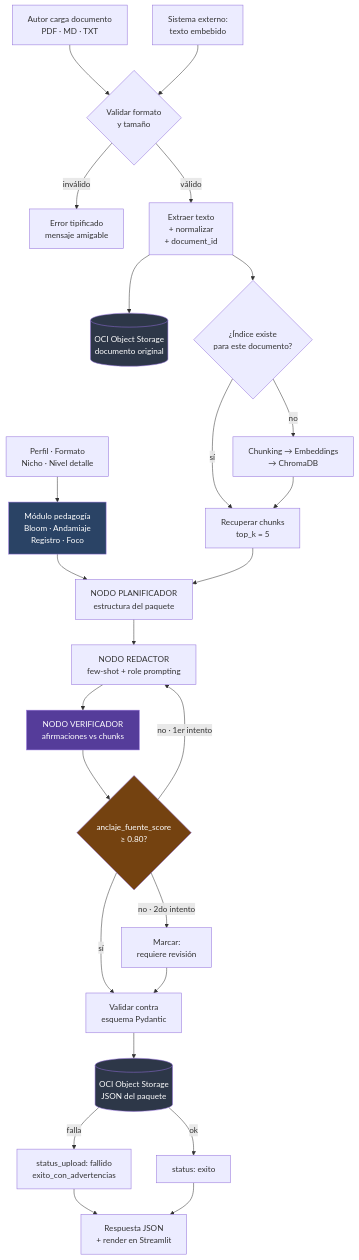
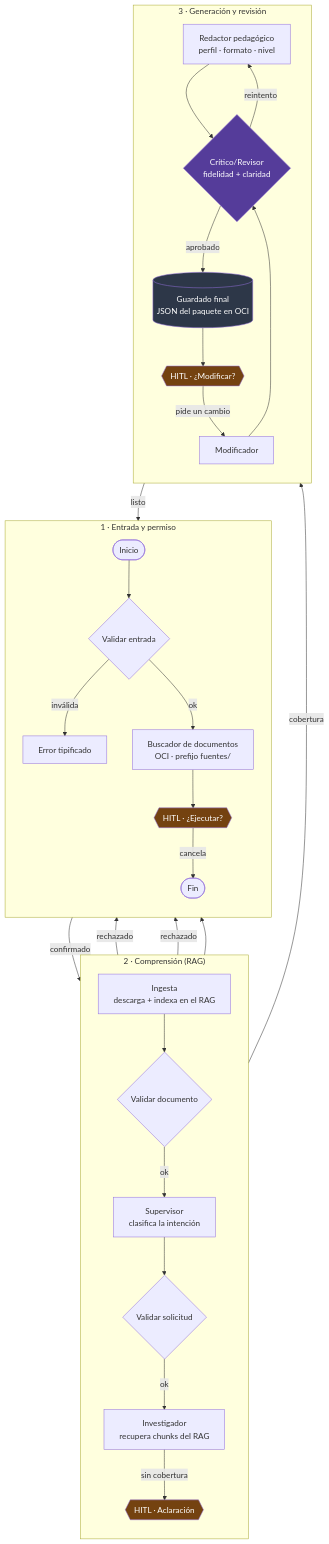
The first of 2 diagrams in README.md (No-Country-simulation/G10-LATAM-equipo-28), drawn with Mermaid before and after one commit.

Commit message:
docs(readme): rehace el diagrama del pipeline fiel al grafo real
El diagrama mencionaba nodos inexistentes (Planificador, Verificador). Se reemplaza por el flujo real del grafo: 15 nodos, 3 HITL (ejecutar, aclaracion, modificar), el loop Redactor<->Revisor y el Modificador. Formato TB: 3 bloques por etapa, en pisos.

````diff
--- a/README.md
+++ b/README.md
@@ -45,39 +45,47 @@
 ```mermaid
-flowchart TD
-    A[Autor carga documento<br/>PDF · MD · TXT] --> B{Validar formato<br/>y tamaño}
-    A2[Sistema externo:<br/>texto embebido] --> B
-    B -->|inválido| ERR[Error tipificado<br/>mensaje amigable]
-    B -->|válido| C[Extraer texto<br/>+ normalizar<br/>+ document_id]
+flowchart TB
+    %% --- BLOQUE 1 · Entrada y permiso ---
+    subgraph B1["1 · Entrada y permiso"]
+        direction TB
+        I([Inicio]) --> V0{Validar entrada}
+        V0 -->|inválida| ERR[Error tipificado]
+        V0 -->|ok| BUSC[Buscador de documentos<br/>OCI · prefijo fuentes/]
+        BUSC --> H1{{HITL · ¿Ejecutar?}}
+        H1 -->|cancela| FIN([Fin])
+    end
 
-    C --> D[(OCI Object Storage<br/>documento original)]
-    C --> E{¿Índice existe<br/>para este documento?}
+    %% --- BLOQUE 2 · Comprensión (RAG) ---
+    subgraph B2["2 · Comprensión (RAG)"]
+        direction TB
+        ING[Ingesta<br/>descarga + indexa en el RAG] --> V1{Validar documento}
+        V1 -->|rechazado| FIN
+        V1 -->|ok| SUP[Supervisor<br/>clasifica la intención]
+        SUP --> V2{Validar solicitud}
+        V2 -->|rechazado| FIN
+        V2 -->|ok| INV[Investigador<br/>recupera chunks del RAG]
+        INV -->|sin cobertura| H2{{HITL · Aclaración}}
+        H2 --> FIN
+    end
 
-    E -->|sí| G[Recuperar chunks<br/>top_k = 5]
-    E -->|no| F[Chunking → Embeddings<br/>→ ChromaDB]
-    F --> G
+    %% --- BLOQUE 3 · Generación y revisión ---
+    subgraph B3["3 · Generación y revisión"]
+        direction TB
+        RED[Redactor pedagógico<br/>perfil · formato · nivel] --> REV{Crítico/Revisor<br/>fidelidad + claridad}
+        REV -->|reintento| RED
+        REV -->|aprobado| GUA[(Guardado final<br/>JSON del paquete en OCI)]
+        GUA --> H3{{HITL · ¿Modificar?}}
+        H3 -->|listo| FIN
+        H3 -->|pide un cambio| MOD[Modificador]
+        MOD --> REV
+    end
 
-    P[Perfil · Formato<br/>Nicho · Nivel detalle] --> PED[Módulo pedagogía<br/>Bloom · Andamiaje<br/>Registro · Foco]
-    PED --> H
+    %% --- Conexiones entre bloques ---
+    H1 -->|confirmado| ING
+    INV -->|cobertura| RED
 
-    G --> H[NODO PLANIFICADOR<br/>estructura del paquete]
-    H --> I[NODO REDACTOR<br/>few-shot + role prompting]
-    I --> J[NODO VERIFICADOR<br/>afirmaciones vs chunks]
-
-    J --> K{anclaje_fuente_score<br/>≥ 0.80?}
-    K -->|no · 1er intento| I
-    K -->|no · 2do intento| L[Marcar:<br/>requiere revisión]
-    K -->|sí| M[Validar contra<br/>esquema Pydantic]
-    L --> M
-
-    M --> N[(OCI Object Storage<br/>JSON del paquete)]
-    N -->|falla| O[status_upload: fallido<br/>exito_con_advertencias]
-    N -->|ok| Q[status: exito]
-    O --> R[Respuesta JSON<br/>+ render en Streamlit]
-    Q --> R
-
-    style D fill:#2d3748,color:#fff
-    style N fill:#2d3748,color:#fff
-    style J fill:#553c9a,color:#fff
-    style PED fill:#2a4365,color:#fff
-    style K fill:#744210,color:#fff
+    style H1 fill:#744210,color:#fff
+    style H2 fill:#744210,color:#fff
+    style H3 fill:#744210,color:#fff
+    style GUA fill:#2d3748,color:#fff
+    style REV fill:#553c9a,color:#fff
 ```
````
